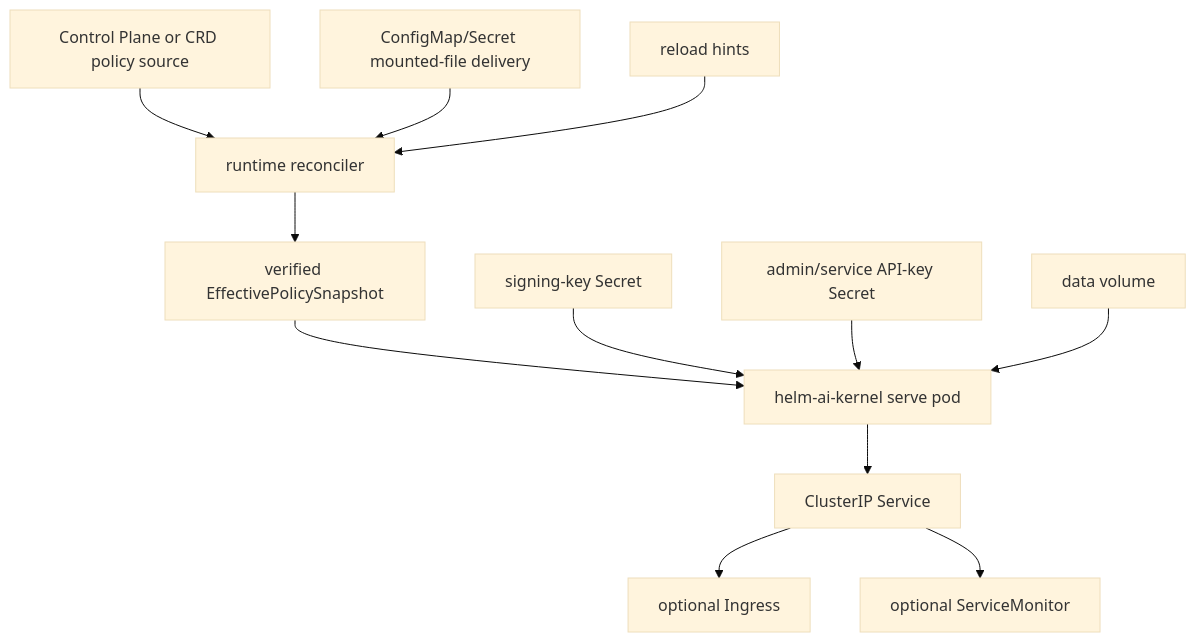
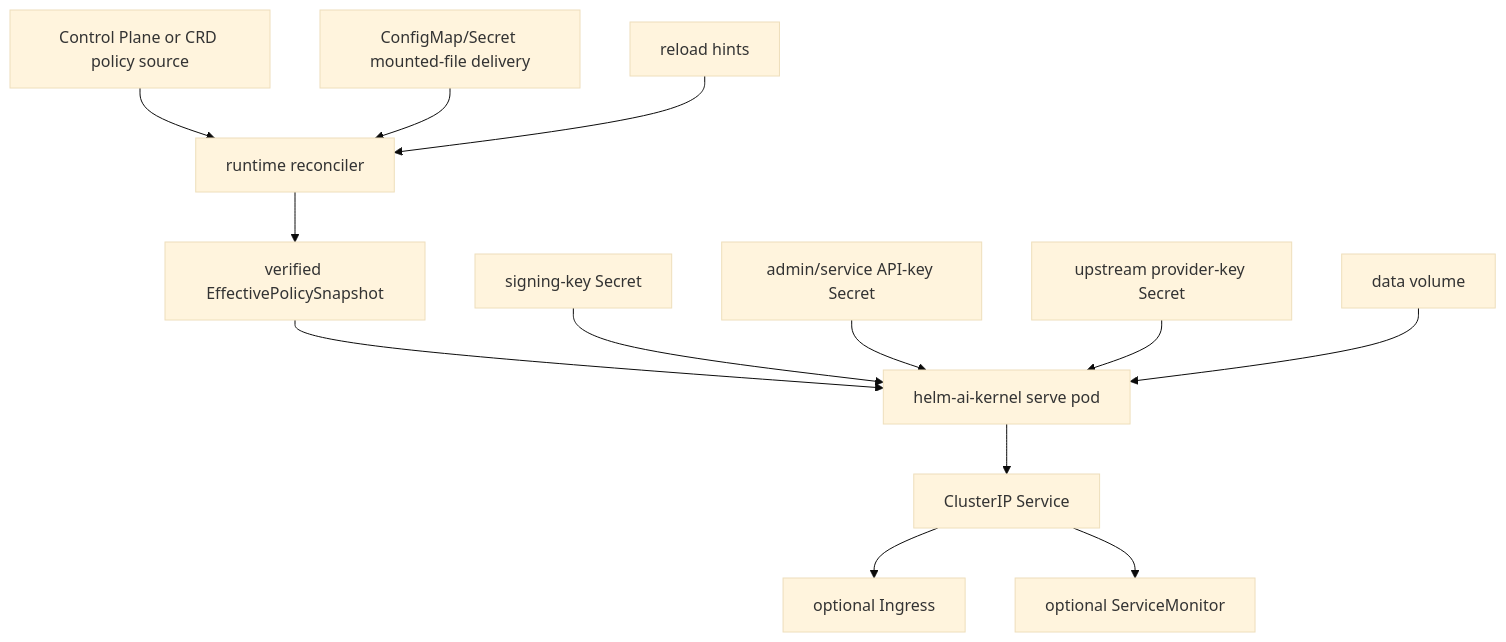
One commit to Mindburn-Labs/helm-ai-kernel changed the diagram in deploy/helm-chart/README.md. Above: the diagram before and after it, drawn with Mermaid (base theme). The commit also changed other lines of this file and 21 other files, not shown here.

Commit message:
fix(runtime): isolate upstream provider credentials

````diff
--- a/deploy/helm-chart/README.md
+++ b/deploy/helm-chart/README.md
@@ -35,14 +49,15 @@
 ```mermaid
 flowchart TD
   cp["Control Plane or CRD policy source"] --> runtime["runtime reconciler"]
   cm["ConfigMap/Secret mounted-file delivery"] --> runtime
   hint["reload hints"] --> runtime
   runtime --> snapshot["verified EffectivePolicySnapshot"]
   snapshot --> pod["helm-ai-kernel serve pod"]
   signing["signing-key Secret"] --> pod
   auth["admin/service API-key Secret"] --> pod
+  upstream["upstream provider-key Secret"] --> pod
   pvc["data volume"] --> pod
   pod --> service["ClusterIP Service"]
   service --> ingress["optional Ingress"]
   service --> metrics["optional ServiceMonitor"]
 ```
````
